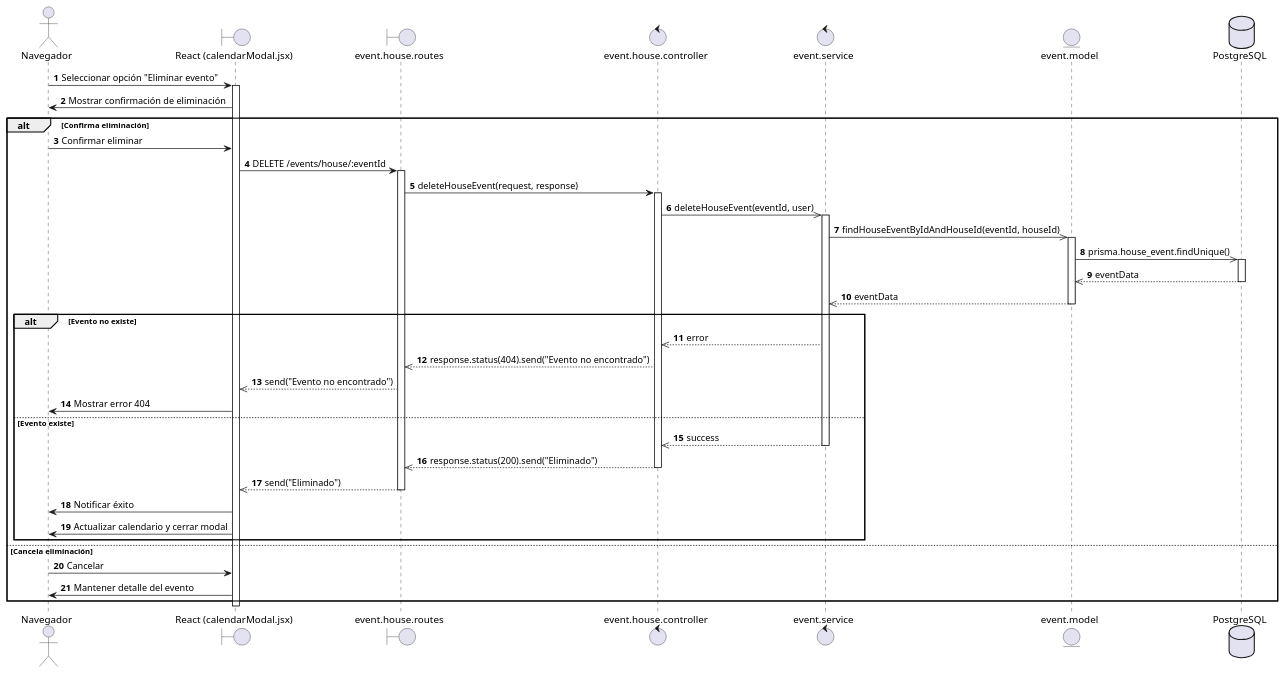
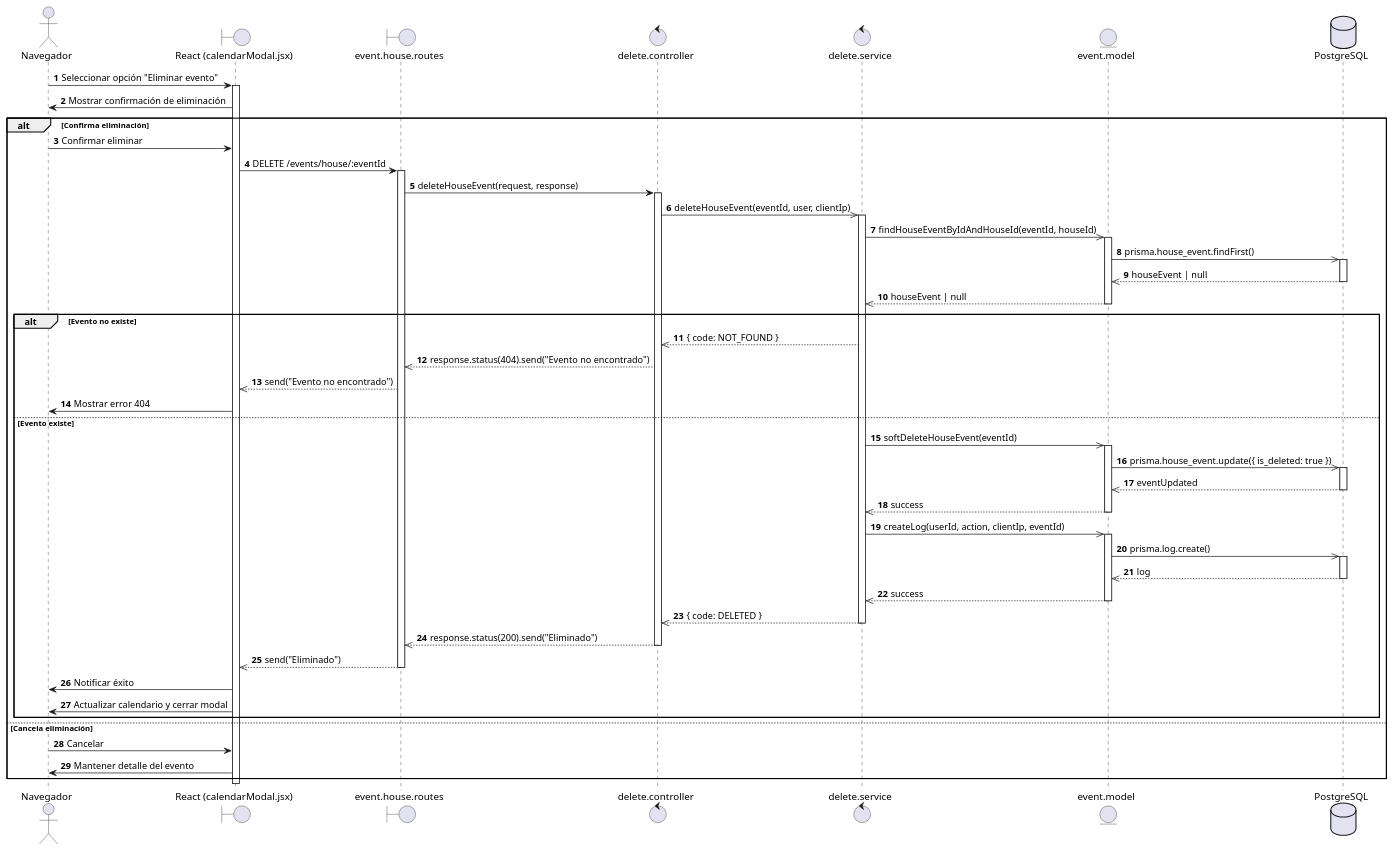
One commit to AztlanConsulting/RCHQ-Back changed the diagram in diagrams/Sequence diagram/US83.puml. Above: the diagram before and after it, drawn with PlantUML.

Commit message:
docs(DS): Se modifica el diagrama de secuencia para eliminar evento de casa para estar acorde a la funcionalidad programada.

```diff
--- a/diagrams/Sequence diagram/US83.puml
+++ b/diagrams/Sequence diagram/US83.puml
@@ -1,71 +1,87 @@
-@startuml HU - Coordinador elimina evento de casa
+@startuml HU83 - Coordinador elimina evento de casa
 
 actor Navegador
 boundary "React (calendarModal.jsx)" as ReactView
 boundary "event.house.routes" as routes
-control "event.house.controller" as controller
-control event.service
-entity event.model
+control "delete.controller" as controller
+control "delete.service" as event.service
+entity "event.model" as event.model
 database PostgreSQL
 
 autonumber
 
 Navegador -> ReactView : Seleccionar opción "Eliminar evento"
 activate ReactView
 
 ReactView -> Navegador : Mostrar confirmación de eliminación
 
 alt Confirma eliminación
     Navegador -> ReactView : Confirmar eliminar
 
     ReactView -> routes : DELETE /events/house/:eventId
     activate routes
 
     routes -> controller : deleteHouseEvent(request, response)
     activate controller
 
-    controller ->> event.service : deleteHouseEvent(eventId, user)
+    controller ->> event.service : deleteHouseEvent(eventId, user, clientIp)
     activate event.service
 
     event.service ->> event.model : findHouseEventByIdAndHouseId(eventId, houseId)
     activate event.model
-
-    event.model ->> PostgreSQL : prisma.house_event.findUnique()
+    event.model ->> PostgreSQL : prisma.house_event.findFirst()
     activate PostgreSQL
-    PostgreSQL -->> event.model : eventData
+    PostgreSQL -->> event.model : houseEvent | null
     deactivate PostgreSQL
-
-    event.model -->> event.service : eventData
+    event.model -->> event.service : houseEvent | null
     deactivate event.model
 
     alt Evento no existe
-        event.service -->> controller : error
+        event.service -->> controller : { code: NOT_FOUND }
 
         controller -->> routes : response.status(404).send("Evento no encontrado")
 
         routes -->> ReactView : send("Evento no encontrado")
 
         ReactView -> Navegador : Mostrar error 404
 
     else Evento existe
-        event.service -->> controller : success
+        event.service ->> event.model : softDeleteHouseEvent(eventId)
+        activate event.model
+        event.model ->> PostgreSQL : prisma.house_event.update({ is_deleted: true })
+        activate PostgreSQL
+        PostgreSQL -->> event.model : eventUpdated
+        deactivate PostgreSQL
+        event.model -->> event.service : success
+        deactivate event.model
+
+        event.service ->> event.model : createLog(userId, action, clientIp, eventId)
+        activate event.model
+        event.model ->> PostgreSQL : prisma.log.create()
+        activate PostgreSQL
+        PostgreSQL -->> event.model : log
+        deactivate PostgreSQL
+        event.model -->> event.service : success
+        deactivate event.model
+
+        event.service -->> controller : { code: DELETED }
         deactivate event.service
 
         controller -->> routes : response.status(200).send("Eliminado")
         deactivate controller
 
         routes -->> ReactView : send("Eliminado")
         deactivate routes
 
         ReactView -> Navegador : Notificar éxito
         ReactView -> Navegador : Actualizar calendario y cerrar modal
     end
 
 else Cancela eliminación
     Navegador -> ReactView : Cancelar
     ReactView -> Navegador : Mantener detalle del evento
 end
 
 deactivate ReactView
 
 @enduml
```
